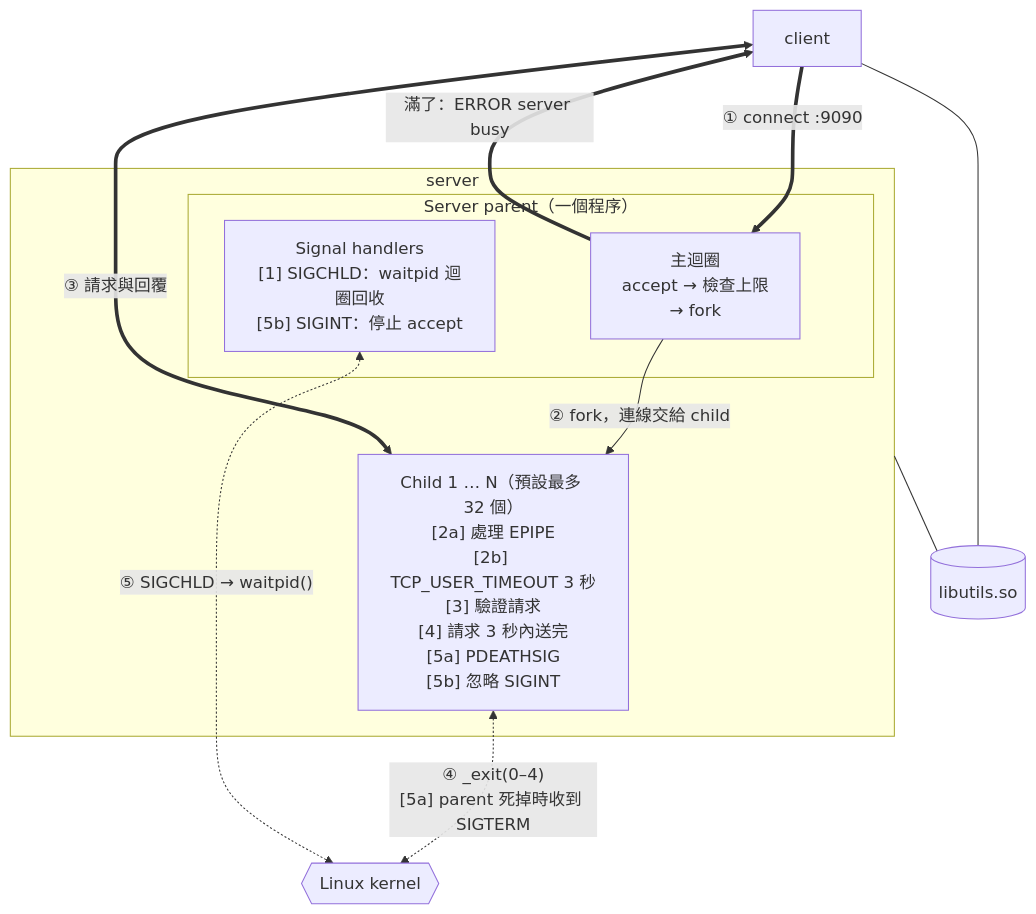
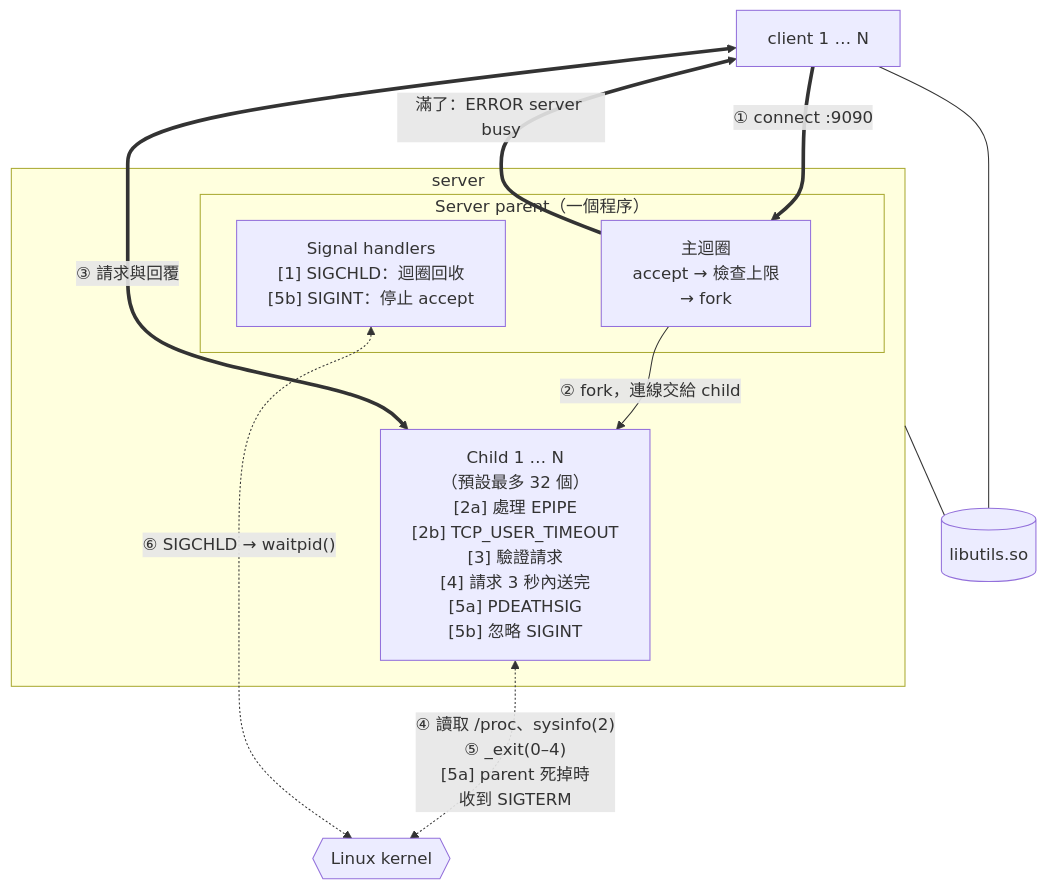
The first of 2 diagrams in docs/system-design.md (t115ab8044/NP_SysInfo), drawn with Mermaid before and after one commit. The commit also changed other lines of this file and 1 other file, not shown here.

First line of the commit message:
Tighten the system design: diagram, traceability and reply fields

````diff
--- a/docs/system-design.md
+++ b/docs/system-design.md
@@ -19,22 +21,22 @@
 ```mermaid
 flowchart TD
-    C["client"]
+    C["client 1 … N"]
     subgraph SRV["server"]
         subgraph P["Server parent（一個程序）"]
             A["主迴圈<br/>accept → 檢查上限<br/>→ fork"]
-            H["Signal handlers<br/>[1] SIGCHLD：waitpid 迴圈回收<br/>[5b] SIGINT：停止 accept"]
+            H["Signal handlers<br/>[1] SIGCHLD：迴圈回收<br/>[5b] SIGINT：停止 accept"]
         end
-        K["Child 1 … N（預設最多 32 個）<br/>[2a] 處理 EPIPE<br/>[2b] TCP_USER_TIMEOUT 3 秒<br/>[3] 驗證請求<br/>[4] 請求 3 秒內送完<br/>[5a] PDEATHSIG<br/>[5b] 忽略 SIGINT"]
+        K["Child 1 … N<br/>（預設最多 32 個）<br/>[2a] 處理 EPIPE<br/>[2b] TCP_USER_TIMEOUT<br/>[3] 驗證請求<br/>[4] 請求 3 秒內送完<br/>[5a] PDEATHSIG<br/>[5b] 忽略 SIGINT"]
     end
     OS{{"Linux kernel"}}
     SO[("libutils.so")]
 
     C ==>|"① connect :9090"| A
     A ==>|"滿了：ERROR server busy"| C
     A -->|"② fork，連線交給 child"| K
     C <==>|"③ 請求與回覆"| K
-    K <-.->|"④ _exit(0–4)<br/>[5a] parent 死掉時收到 SIGTERM"| OS
-    H <-.->|"⑤ SIGCHLD → waitpid()"| OS
+    K <-.->|"④ 讀取 /proc、sysinfo(2)<br/>⑤ _exit(0–4)<br/>[5a] parent 死掉時<br/>收到 SIGTERM"| OS
+    H <-.->|"⑥ SIGCHLD → waitpid()"| OS
     C --- SO
     SRV --- SO
 ```
````
